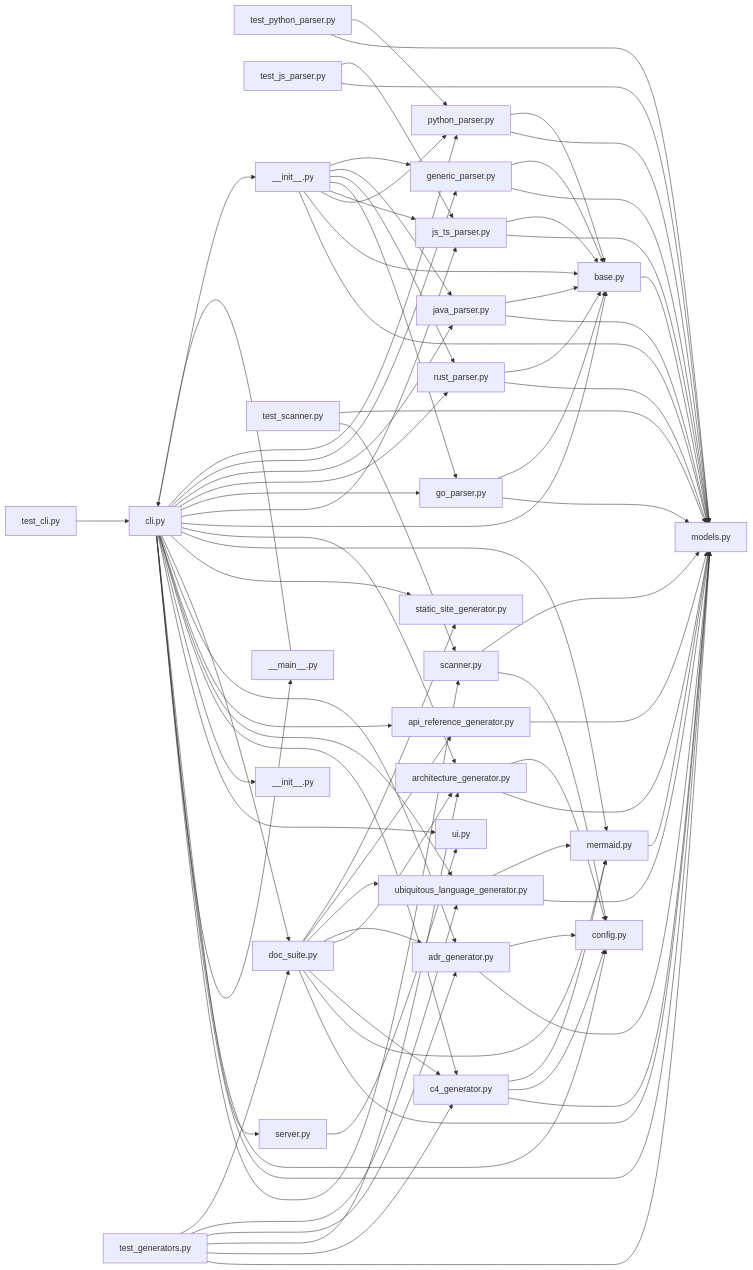
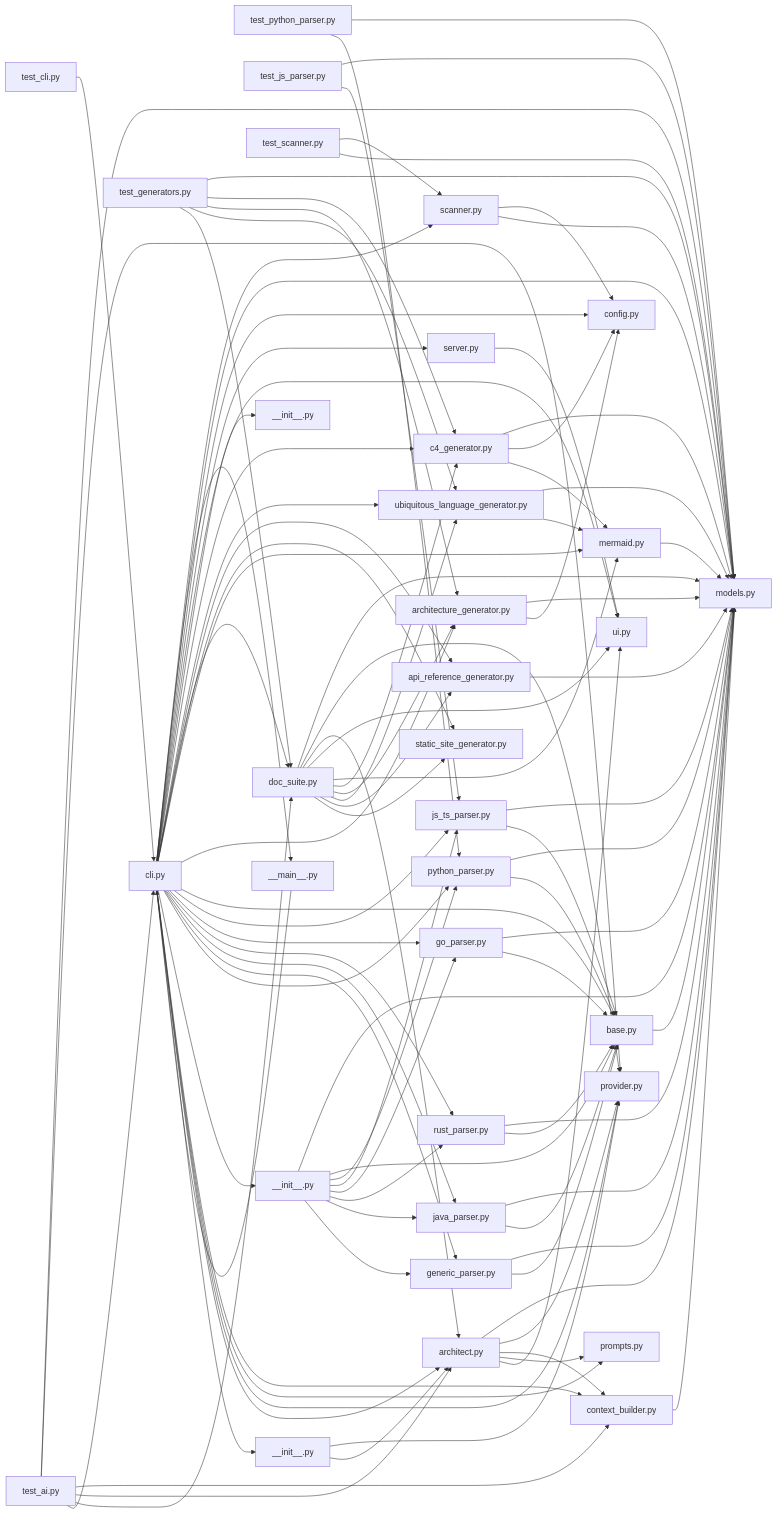
One commit to marcoswferreira/doc-gen changed the diagram in docs/DEPENDENCIES.md. Above: the diagram before and after it, drawn with Mermaid. The commit also changed 32 other files, not shown here.

First line of the commit message:
Add unit tests for AI subsystem and update CLI and generator tests

````diff
--- a/docs/DEPENDENCIES.md
+++ b/docs/DEPENDENCIES.md
@@ -8,10 +8,15 @@
     tests_test_python_parser_py["test_python_parser.py"] --> docgen_parsers_python_parser_py["python_parser.py"]
     tests_test_js_parser_py["test_js_parser.py"] --> docgen_models_py["models.py"]
     tests_test_js_parser_py["test_js_parser.py"] --> docgen_parsers_js_ts_parser_py["js_ts_parser.py"]
+    tests_test_ai_py["test_ai.py"] --> docgen_models_py["models.py"]
+    tests_test_ai_py["test_ai.py"] --> docgen_ai_provider_py["provider.py"]
+    tests_test_ai_py["test_ai.py"] --> docgen_ai_context_builder_py["context_builder.py"]
+    tests_test_ai_py["test_ai.py"] --> docgen_ai_architect_py["architect.py"]
+    tests_test_ai_py["test_ai.py"] --> docgen_generators_doc_suite_py["doc_suite.py"]
+    tests_test_ai_py["test_ai.py"] --> docgen_cli_py["cli.py"]
     tests_test_generators_py["test_generators.py"] --> docgen_models_py["models.py"]
     tests_test_generators_py["test_generators.py"] --> docgen_generators_c4_generator_py["c4_generator.py"]
     tests_test_generators_py["test_generators.py"] --> docgen_generators_architecture_generator_py["architecture_generator.py"]
-    tests_test_generators_py["test_generators.py"] --> docgen_generators_adr_generator_py["adr_generator.py"]
     tests_test_generators_py["test_generators.py"] --> docgen_generators_ubiquitous_language_generator_py["ubiquitous_language_generator.py"]
     tests_test_generators_py["test_generators.py"] --> docgen_generators_doc_suite_py["doc_suite.py"]
     tests_test_scanner_py["test_scanner.py"] --> docgen_scanner_py["scanner.py"]
@@ -29,7 +34,6 @@
     docgen_cli_py["cli.py"] --> docgen_generators_c4_generator_py["c4_generator.py"]
     docgen_cli_py["cli.py"] --> docgen_generators_ubiquitous_language_generator_py["ubiquitous_language_generator.py"]
     docgen_cli_py["cli.py"] --> docgen_generators_api_reference_generator_py["api_reference_generator.py"]
-    docgen_cli_py["cli.py"] --> docgen_generators_adr_generator_py["adr_generator.py"]
     docgen_cli_py["cli.py"] --> docgen_generators_doc_suite_py["doc_suite.py"]
     docgen_cli_py["cli.py"] --> docgen_generators_static_site_generator_py["static_site_generator.py"]
     docgen_cli_py["cli.py"] --> docgen_generators_mermaid_py["mermaid.py"]
@@ -42,6 +46,11 @@
     docgen_cli_py["cli.py"] --> docgen_parsers_generic_parser_py["generic_parser.py"]
     docgen_cli_py["cli.py"] --> docgen_parsers_python_parser_py["python_parser.py"]
     docgen_cli_py["cli.py"] --> docgen_parsers___init___py["__init__.py"]
+    docgen_cli_py["cli.py"] --> docgen_ai_context_builder_py["context_builder.py"]
+    docgen_cli_py["cli.py"] --> docgen_ai_prompts_py["prompts.py"]
+    docgen_cli_py["cli.py"] --> docgen_ai_provider_py["provider.py"]
+    docgen_cli_py["cli.py"] --> docgen_ai_architect_py["architect.py"]
+    docgen_cli_py["cli.py"] --> docgen_ai___init___py["__init__.py"]
     docgen_server_py["server.py"] --> docgen_ui_py["ui.py"]
     docgen_generators_c4_generator_py["c4_generator.py"] --> docgen_models_py["models.py"]
     docgen_generators_c4_generator_py["c4_generator.py"] --> docgen_config_py["config.py"]
@@ -49,13 +58,13 @@
     docgen_generators_ubiquitous_language_generator_py["ubiquitous_language_generator.py"] --> docgen_models_py["models.py"]
     docgen_generators_ubiquitous_language_generator_py["ubiquitous_language_generator.py"] --> docgen_generators_mermaid_py["mermaid.py"]
     docgen_generators_api_reference_generator_py["api_reference_generator.py"] --> docgen_models_py["models.py"]
-    docgen_generators_adr_generator_py["adr_generator.py"] --> docgen_models_py["models.py"]
-    docgen_generators_adr_generator_py["adr_generator.py"] --> docgen_config_py["config.py"]
     docgen_generators_doc_suite_py["doc_suite.py"] --> docgen_models_py["models.py"]
+    docgen_generators_doc_suite_py["doc_suite.py"] --> docgen_ai_provider_py["provider.py"]
+    docgen_generators_doc_suite_py["doc_suite.py"] --> docgen_ai_architect_py["architect.py"]
+    docgen_generators_doc_suite_py["doc_suite.py"] --> docgen_ui_py["ui.py"]
     docgen_generators_doc_suite_py["doc_suite.py"] --> docgen_generators_mermaid_py["mermaid.py"]
     docgen_generators_doc_suite_py["doc_suite.py"] --> docgen_generators_c4_generator_py["c4_generator.py"]
     docgen_generators_doc_suite_py["doc_suite.py"] --> docgen_generators_architecture_generator_py["architecture_generator.py"]
-    docgen_generators_doc_suite_py["doc_suite.py"] --> docgen_generators_adr_generator_py["adr_generator.py"]
     docgen_generators_doc_suite_py["doc_suite.py"] --> docgen_generators_ubiquitous_language_generator_py["ubiquitous_language_generator.py"]
     docgen_generators_doc_suite_py["doc_suite.py"] --> docgen_generators_api_reference_generator_py["api_reference_generator.py"]
     docgen_generators_doc_suite_py["doc_suite.py"] --> docgen_generators_static_site_generator_py["static_site_generator.py"]
@@ -83,4 +92,12 @@
     docgen_parsers___init___py["__init__.py"] --> docgen_parsers_rust_parser_py["rust_parser.py"]
     docgen_parsers___init___py["__init__.py"] --> docgen_parsers_java_parser_py["java_parser.py"]
     docgen_parsers___init___py["__init__.py"] --> docgen_parsers_generic_parser_py["generic_parser.py"]
+    docgen_ai_context_builder_py["context_builder.py"] --> docgen_models_py["models.py"]
+    docgen_ai_architect_py["architect.py"] --> docgen_models_py["models.py"]
+    docgen_ai_architect_py["architect.py"] --> docgen_ai_provider_py["provider.py"]
+    docgen_ai_architect_py["architect.py"] --> docgen_ai_context_builder_py["context_builder.py"]
+    docgen_ai_architect_py["architect.py"] --> docgen_ai_prompts_py["prompts.py"]
+    docgen_ai_architect_py["architect.py"] --> docgen_ui_py["ui.py"]
+    docgen_ai___init___py["__init__.py"] --> docgen_ai_provider_py["provider.py"]
+    docgen_ai___init___py["__init__.py"] --> docgen_ai_architect_py["architect.py"]
 ```
````
